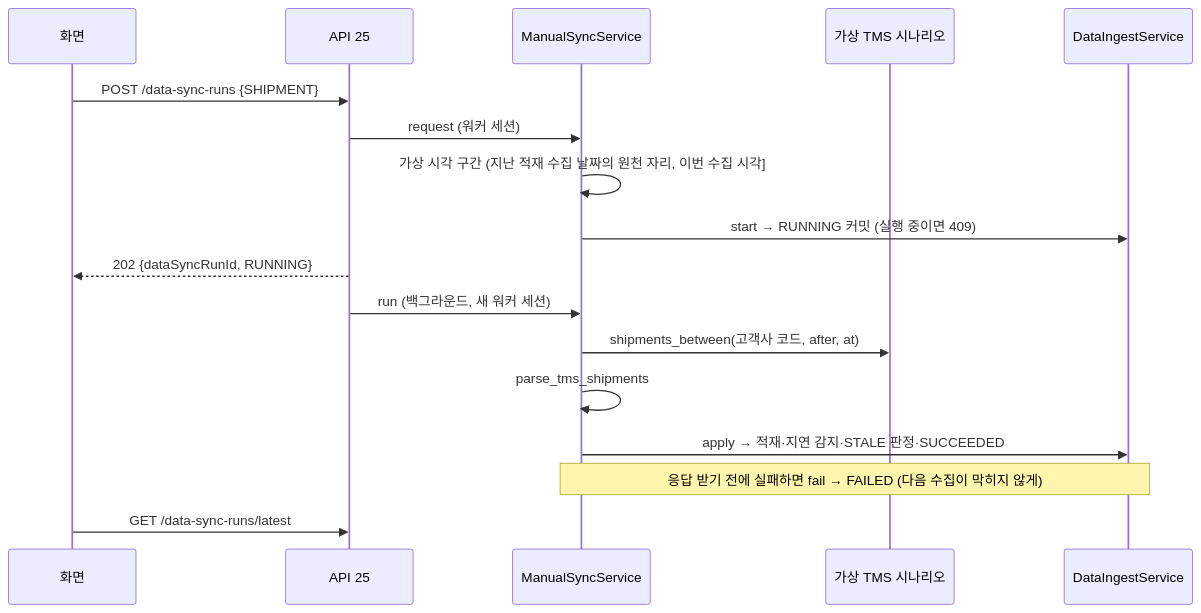
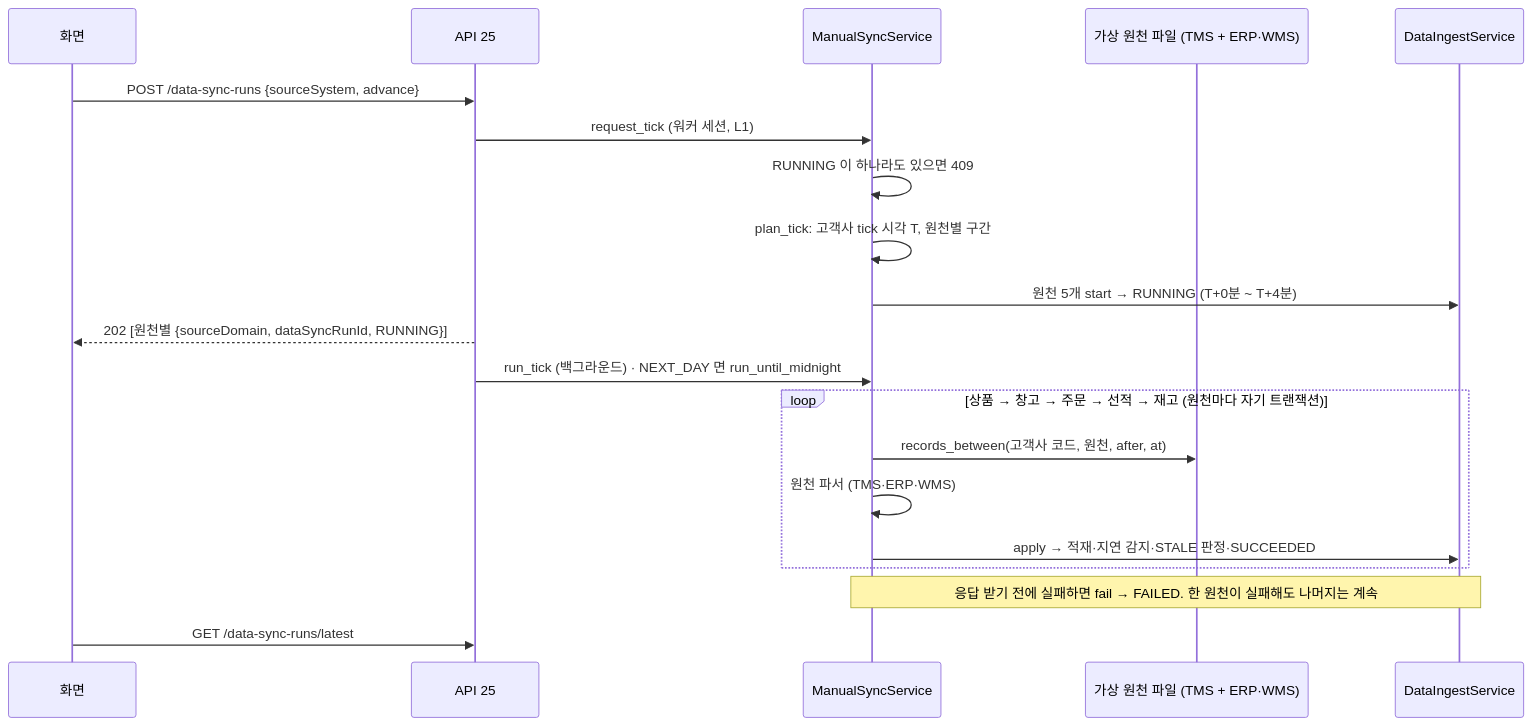
The diagram in docs/data-sync/manual-sync.md (K-GlowShip/glowship-server), drawn with Mermaid before and after one commit. The commit also changed other lines of this file and 3 other files, not shown here.

Commit message:
docs(data_sync): 수동 동기화 — 어느 카드든 다섯 원천, 가상 10분 tick, 데모 사용법 #GLOW-13

````diff
--- a/docs/data-sync/manual-sync.md
+++ b/docs/data-sync/manual-sync.md
@@ -17,19 +22,22 @@
 ```mermaid
 sequenceDiagram
     participant W as 화면
     participant A as API 25
     participant M as ManualSyncService
-    participant T as 가상 TMS 시나리오
+    participant V as 가상 원천 파일 (TMS + ERP·WMS)
     participant I as DataIngestService
-    W->>A: POST /data-sync-runs {SHIPMENT}
-    A->>M: request (워커 세션)
-    M->>M: 가상 시각 구간 (지난 적재 수집 날짜의 원천 자리, 이번 수집 시각]
-    M->>I: start → RUNNING 커밋 (실행 중이면 409)
-    A-->>W: 202 {dataSyncRunId, RUNNING}
-    A->>M: run (백그라운드, 새 워커 세션)
-    M->>T: shipments_between(고객사 코드, after, at)
-    M->>M: parse_tms_shipments
-    M->>I: apply → 적재·지연 감지·STALE 판정·SUCCEEDED
-    Note over M,I: 응답 받기 전에 실패하면 fail → FAILED (다음 수집이 막히지 않게)
+    W->>A: POST /data-sync-runs {sourceSystem, advance}
+    A->>M: request_tick (워커 세션, L1)
+    M->>M: RUNNING 이 하나라도 있으면 409
+    M->>M: plan_tick: 고객사 tick 시각 T, 원천별 구간
+    M->>I: 원천 5개 start → RUNNING (T+0분 ~ T+4분)
+    A-->>W: 202 [원천별 {sourceDomain, dataSyncRunId, RUNNING}]
+    A->>M: run_tick (백그라운드) · NEXT_DAY 면 run_until_midnight
+    loop 상품 → 창고 → 주문 → 선적 → 재고 (원천마다 자기 트랜잭션)
+        M->>V: records_between(고객사 코드, 원천, after, at)
+        M->>M: 원천 파서 (TMS·ERP·WMS)
+        M->>I: apply → 적재·지연 감지·STALE 판정·SUCCEEDED
+    end
+    Note over M,I: 응답 받기 전에 실패하면 fail → FAILED. 한 원천이 실패해도 나머지는 계속
     W->>A: GET /data-sync-runs/latest
 ```
````
